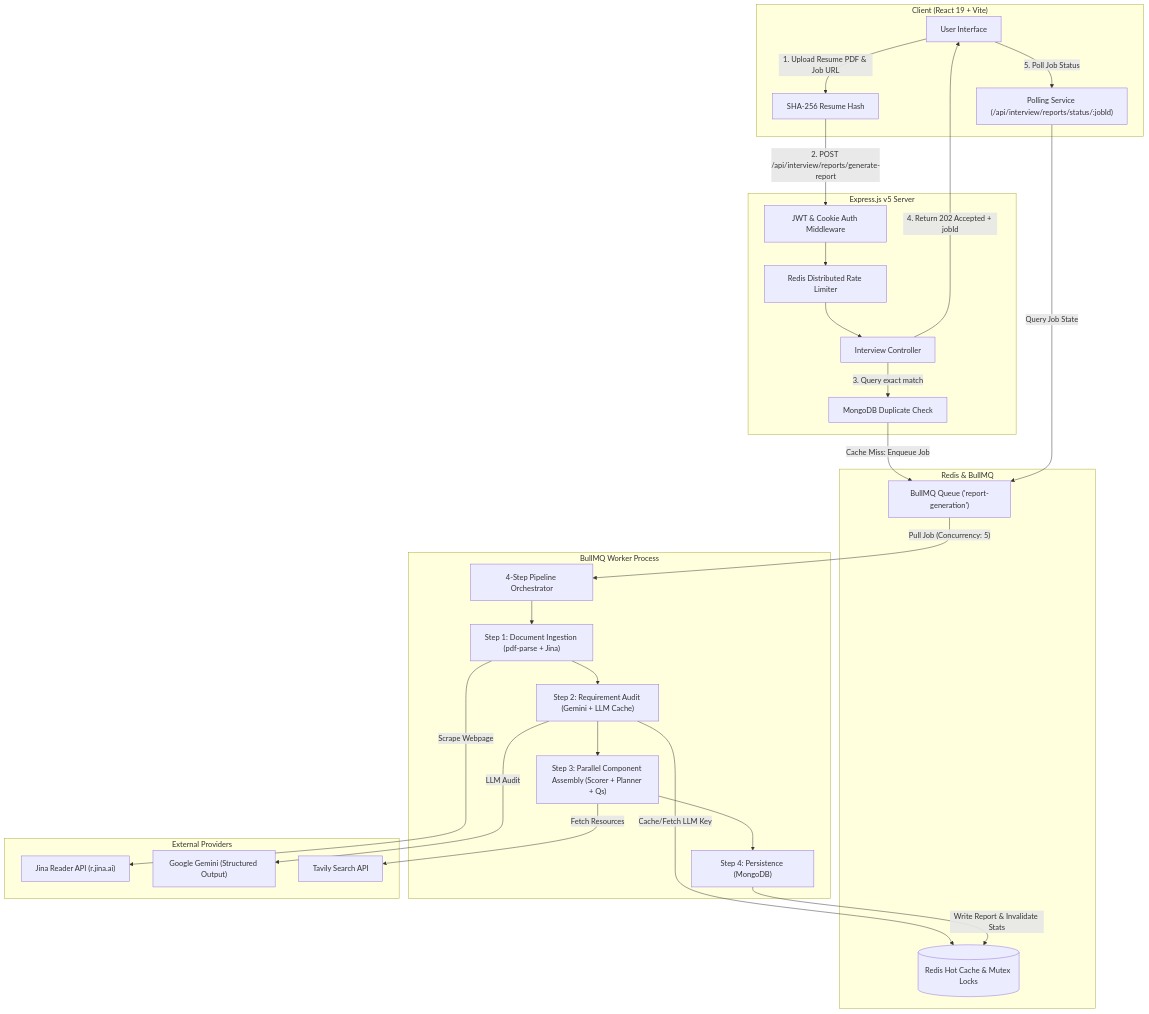
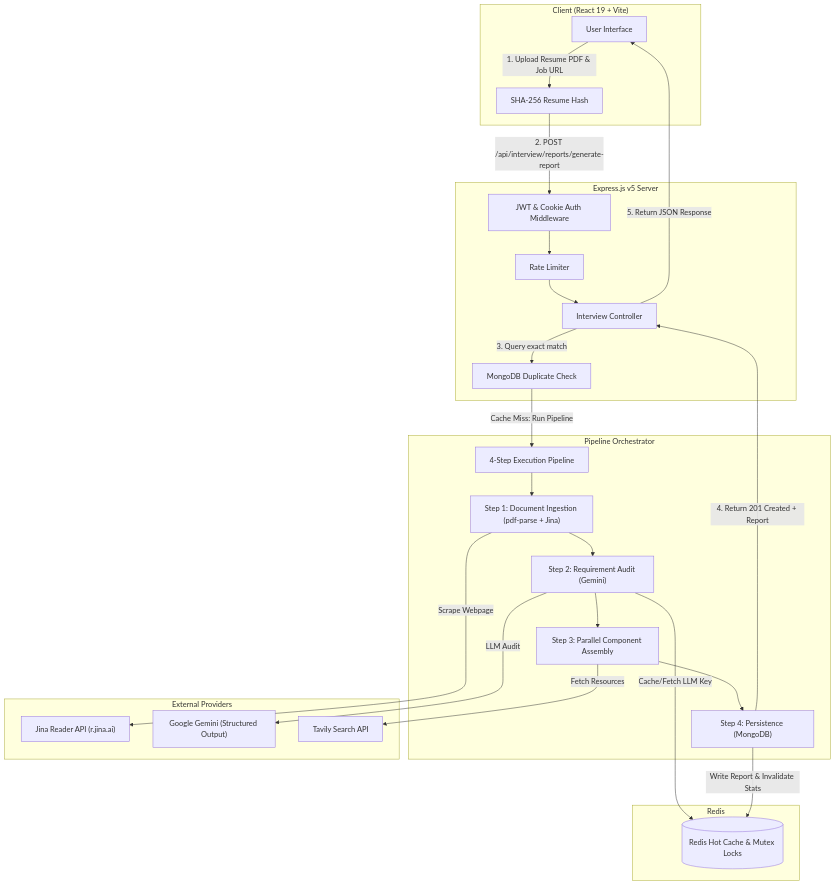
The diagram in README.md (Rajdeep-Dhar-06/ResumeRise), drawn with Mermaid before and after one commit. The commit also changed other lines of this file and 28 other files, not shown here.

````diff
--- a/README.md
+++ b/README.md
@@ -75,55 +74,52 @@
 ```mermaid
 flowchart TD
     subgraph Client ["Client (React 19 + Vite)"]
         UI["User Interface"]
         Hash["SHA-256 Resume Hash"]
-        Poll["Polling Service (/api/interview/reports/status/:jobId)"]
     end
 
     subgraph API Gateway ["Express.js v5 Server"]
         Auth["JWT & Cookie Auth Middleware"]
-        Limiter["Redis Distributed Rate Limiter"]
+        Limiter["Rate Limiter"]
         Controller["Interview Controller"]
         Dedup["MongoDB Duplicate Check"]
     end
 
-    subgraph Queue Layer ["Redis & BullMQ"]
-        Queue["BullMQ Queue ('report-generation')"]
+    subgraph Pipeline Layer ["Pipeline Orchestrator"]
+        Pipeline["4-Step Execution Pipeline"]
+        Step1["Step 1: Document Ingestion (pdf-parse + Jina)"]
+        Step2["Step 2: Requirement Audit (Gemini)"]
+        Step3["Step 3: Parallel Component Assembly"]
+        Step4["Step 4: Persistence (MongoDB)"]
+    end
+    
+    subgraph Shared Cache ["Redis"]
         RedisCache[("Redis Hot Cache & Mutex Locks")]
-    end
-
-    subgraph Background Worker ["BullMQ Worker Process"]
-        Pipeline["4-Step Pipeline Orchestrator"]
-        Step1["Step 1: Document Ingestion (pdf-parse + Jina)"]
-        Step2["Step 2: Requirement Audit (Gemini + LLM Cache)"]
-        Step3["Step 3: Parallel Component Assembly (Scorer + Planner + Qs)"]
-        Step4["Step 4: Persistence (MongoDB)"]
     end
 
     subgraph External APIs ["External Providers"]
         Jina["Jina Reader API (r.jina.ai)"]
         Gemini["Google Gemini (Structured Output)"]
         Tavily["Tavily Search API"]
     end
 
     UI -->|"1. Upload Resume PDF & Job URL"| Hash
     Hash -->|"2. POST /api/interview/reports/generate-report"| Auth
     Auth --> Limiter
     Limiter --> Controller
     Controller -->|"3. Query exact match"| Dedup
-    Dedup -->|"Cache Miss: Enqueue Job"| Queue
-    Controller -->|"4. Return 202 Accepted + jobId"| UI
-    UI -->|"5. Poll Job Status"| Poll
-    Poll -->|"Query Job State"| Queue
-
-    Queue -->|"Pull Job (Concurrency: 5)"| Pipeline
+    Dedup -->|"Cache Miss: Run Pipeline"| Pipeline
+    
     Pipeline --> Step1
     Step1 -->|"Scrape Webpage"| Jina
     Step1 --> Step2
     Step2 -->|"LLM Audit"| Gemini
     Step2 -->|"Cache/Fetch LLM Key"| RedisCache
     Step2 --> Step3
     Step3 -->|"Fetch Resources"| Tavily
     Step3 --> Step4
     Step4 -->|"Write Report & Invalidate Stats"| RedisCache
+    
+    Step4 -->|"4. Return 201 Created + Report"| Controller
+    Controller -->|"5. Return JSON Response"| UI
 ```
````
